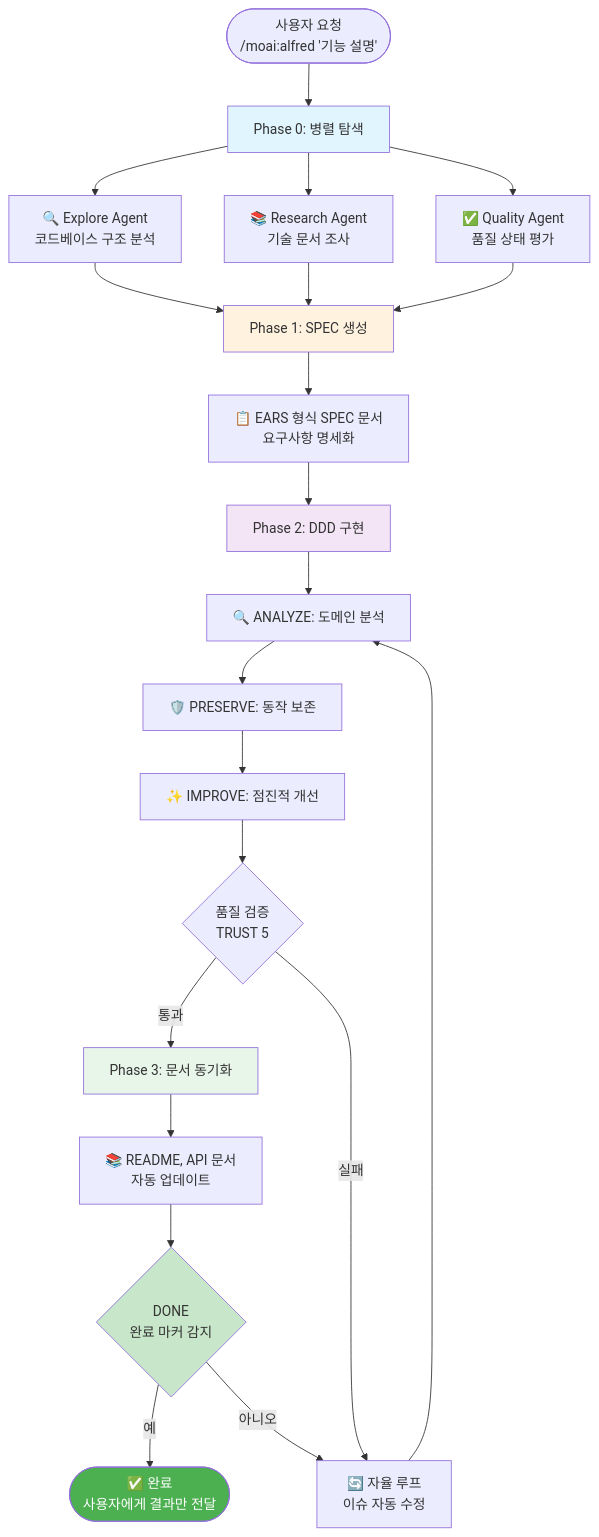
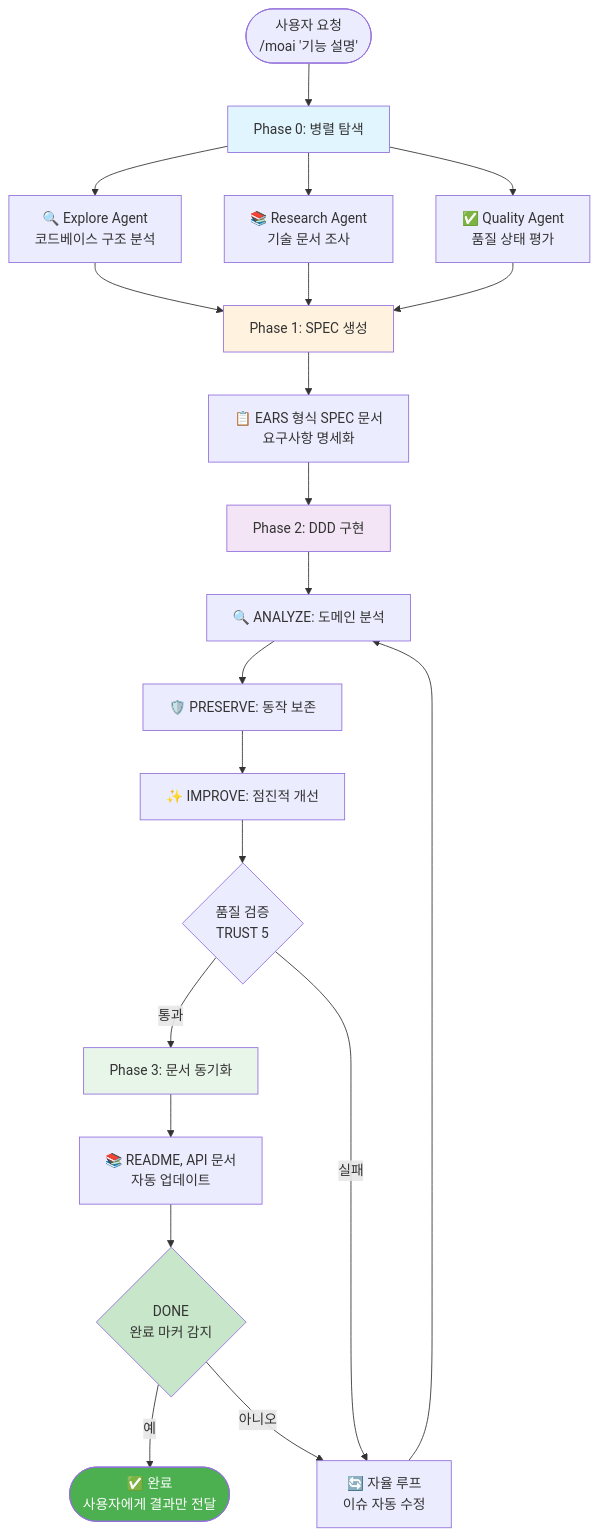
One commit to modu-ai/moai-adk changed the first of 9 diagrams in README.ko.md. Above: the diagram before and after it, drawn with Mermaid. The commit also changed other lines of this file and 16 other files, not shown here.

````diff
--- a/README.ko.md
+++ b/README.ko.md
@@ -617,41 +617,41 @@
 ```mermaid
 flowchart TB
-    Start([사용자 요청<br/>/moai:alfred '기능 설명']) --> Phase0[Phase 0: 병렬 탐색]
+    Start([사용자 요청<br/>/moai '기능 설명']) --> Phase0[Phase 0: 병렬 탐색]
 
     Phase0 --> Explore[🔍 Explore Agent<br/>코드베이스 구조 분석]
     Phase0 --> Research[📚 Research Agent<br/>기술 문서 조사]
     Phase0 --> Quality[✅ Quality Agent<br/>품질 상태 평가]
 
     Explore --> Phase1[Phase 1: SPEC 생성]
     Research --> Phase1
     Quality --> Phase1
 
     Phase1 --> Spec[📋 EARS 형식 SPEC 문서<br/>요구사항 명세화]
 
     Spec --> Phase2[Phase 2: DDD 구현]
 
     Phase2 --> Analyze[🔍 ANALYZE: 도메인 분석]
     Analyze --> Preserve[🛡️ PRESERVE: 동작 보존]
     Preserve --> Improve[✨ IMPROVE: 점진적 개선]
 
     Improve --> Check{품질 검증<br/>TRUST 5}
 
     Check -->|통과| Phase3[Phase 3: 문서 동기화]
     Check -->|실패| Loop[🔄 자율 루프<br/>이슈 자동 수정]
 
     Loop --> Analyze
 
     Phase3 --> Docs[📚 README, API 문서<br/>자동 업데이트]
 
     Docs --> Done{<moai>DONE</moai><br/>완료 마커 감지}
 
     Done -->|예| End([✅ 완료<br/>사용자에게 결과만 전달])
     Done -->|아니오| Loop
 
     style Phase0 fill:#e1f5fe
     style Phase1 fill:#fff3e0
     style Phase2 fill:#f3e5f5
     style Phase3 fill:#e8f5e9
     style Done fill:#c8e6c9
     style End fill:#4caf50,color:#fff
 ```
````
